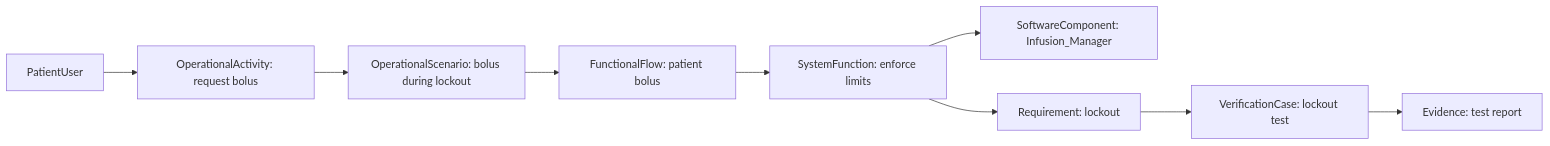
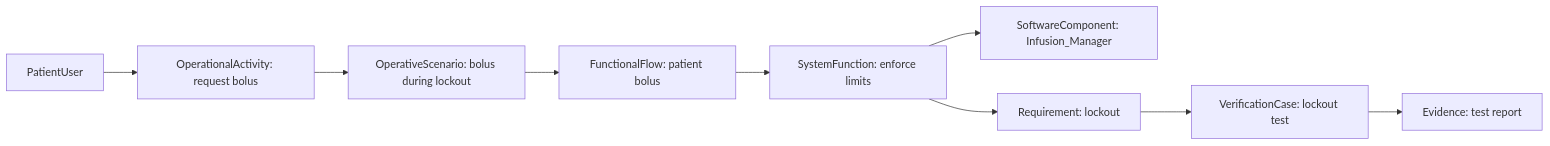
The diagram in docs/examples/gpca-walkthrough.md (memoarchitect/memo), drawn with Mermaid before and after one commit. The commit also changed other lines of this file and 27 other files, not shown here.

````diff
--- a/docs/examples/gpca-walkthrough.md
+++ b/docs/examples/gpca-walkthrough.md
@@ -98,11 +98,11 @@
 ```mermaid
 flowchart LR
     Patient[PatientUser] --> Request[OperationalActivity: request bolus]
-    Request --> Scenario[OperationalScenario: bolus during lockout]
+    Request --> Scenario[OperativeScenario: bolus during lockout]
     Scenario --> Chain[FunctionalFlow: patient bolus]
     Chain --> Limit[SystemFunction: enforce limits]
     Limit --> IM[SoftwareComponent: Infusion_Manager]
     Limit --> Req[Requirement: lockout]
     Req --> VC[VerificationCase: lockout test]
     VC --> Ev[Evidence: test report]
 ```
````
